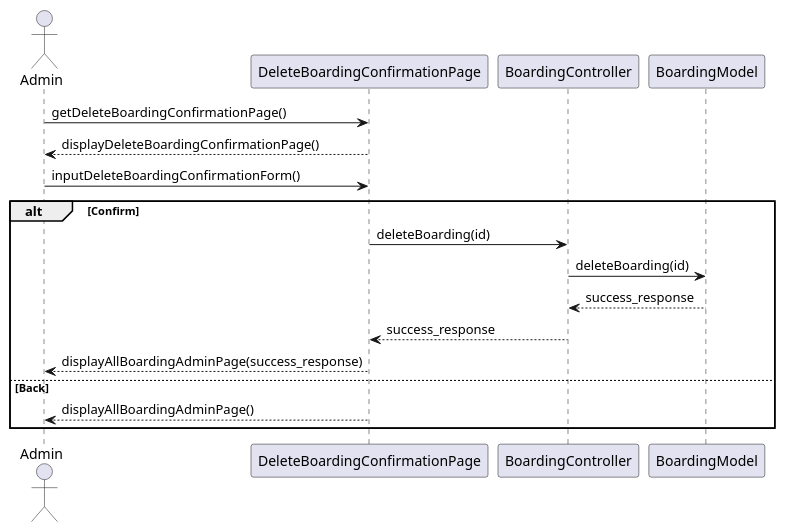
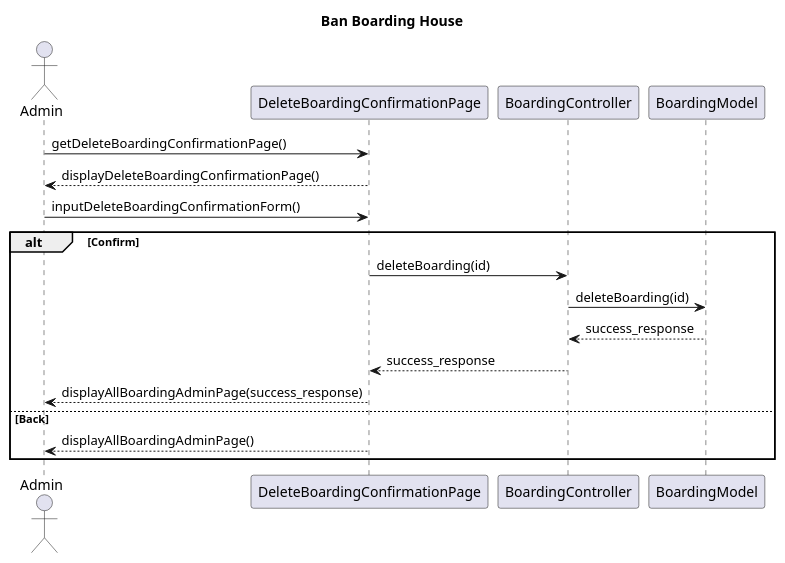
Before and after one commit to AntWort21/BHFMS: the diagram in Design/BHFMS_SEQUENCE/Admin/BoardingManagement/Boarding House (Admin) Delete.puml, drawn with PlantUML. The commit also changed 75 other files, not shown here.

Commit message:
Fix Use Cases & ERD

```diff
--- a/Design/BHFMS_SEQUENCE/Admin/BoardingManagement/Boarding House (Admin) Delete.puml
+++ b/Design/BHFMS_SEQUENCE/Admin/BoardingManagement/Boarding House (Admin) Delete.puml
@@ -1,21 +1,22 @@
 @startuml
+title Ban Boarding House 
 actor Admin as act
 participant DeleteBoardingConfirmationPage as view
 participant BoardingController as ctrl
 participant BoardingModel as model
 
 act -> view : getDeleteBoardingConfirmationPage()
 act <-- view : displayDeleteBoardingConfirmationPage()
 
     act->view : inputDeleteBoardingConfirmationForm()
     alt Confirm
         view->ctrl: deleteBoarding(id)
         ctrl->model: deleteBoarding(id)
         model --> ctrl: success_response
         ctrl --> view: success_response
         view-->act: displayAllBoardingAdminPage(success_response)
     else Back
         view-->act: displayAllBoardingAdminPage()
     end
 
 @enduml
```
